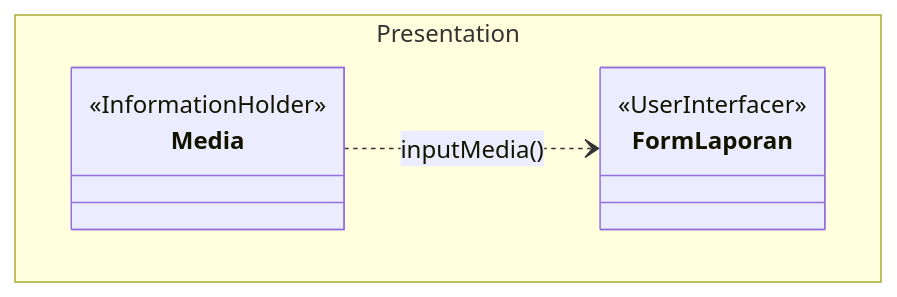
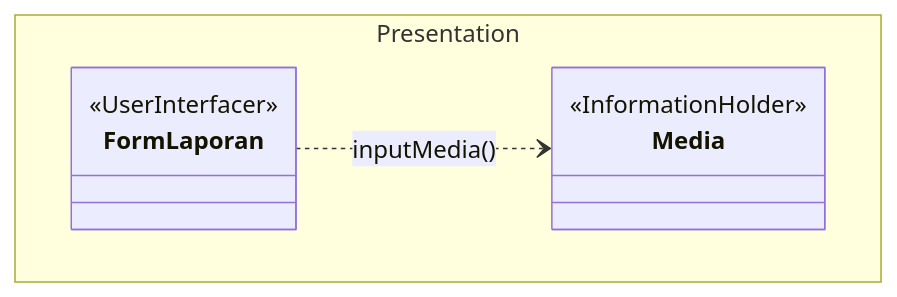
One commit to star-scripter/IF2150-RPL-K03-G02 changed the second of 9 diagrams in docs/M4/K03_G02_CD.md. Above: the diagram before and after it, drawn with Mermaid. The commit also changed other lines of this file, not shown here.

Commit message:
docs: fix class diagram UC1, UC2, UC3

````diff
--- a/docs/M4/K03_G02_CD.md
+++ b/docs/M4/K03_G02_CD.md
@@ -396,13 +391,13 @@
 ```mermaid
 classDiagram
     direction TB
 
     namespace Presentation {
         class FormLaporan
         class Media
     }
     <<UserInterfacer>> FormLaporan
     <<InformationHolder>> Media
 
-    Media ..> FormLaporan : inputMedia()
+    FormLaporan ..> Media : inputMedia()
 ```
````
